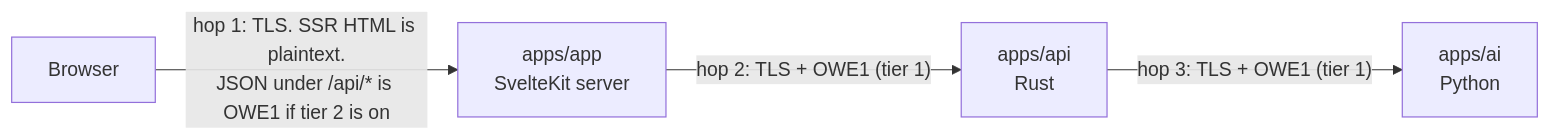
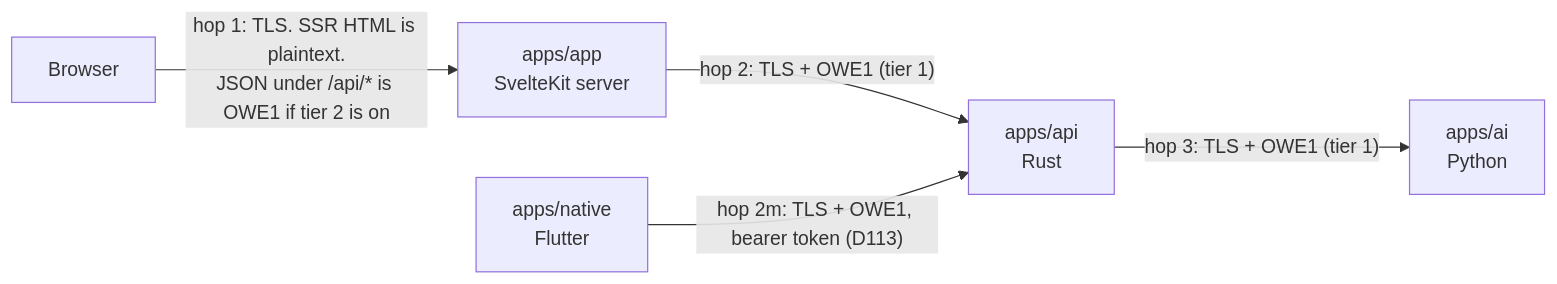
The diagram in docs/api/encryption.md (lazlanrafar/oewang), drawn with Mermaid before and after one commit. The commit also changed other lines of this file and 8 other files, not shown here.

````diff
--- a/docs/api/encryption.md
+++ b/docs/api/encryption.md
@@ -26,11 +26,13 @@
 ```mermaid
 flowchart LR
     B["Browser"]
     A["apps/app<br/>SvelteKit server"]
     R["apps/api<br/>Rust"]
     P["apps/ai<br/>Python"]
+    M["apps/native<br/>Flutter"]
 
     B -->|"hop 1: TLS. SSR HTML is plaintext.<br/>JSON under /api/* is OWE1 if tier 2 is on"| A
     A -->|"hop 2: TLS + OWE1 (tier 1)"| R
     R -->|"hop 3: TLS + OWE1 (tier 1)"| P
+    M -->|"hop 2m: TLS + OWE1, bearer token (D113)"| R
 ```
````
